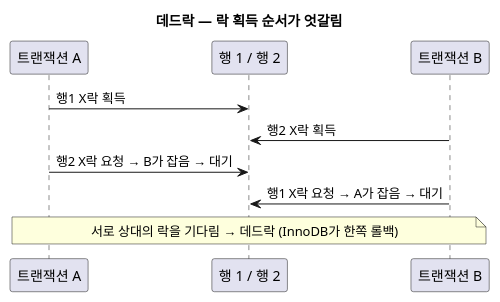
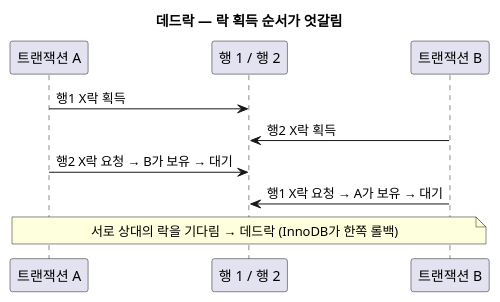
Before and after one commit to johnycho/johny-dev: the second of 4 diagrams in blog/2026-09-23-db-shared-exclusive-locks.mdx, drawn with PlantUML. The commit also changed other lines of this file and 6 other files, not shown here.

````diff
--- a/blog/2026-09-23-db-shared-exclusive-locks.mdx
+++ b/blog/2026-09-23-db-shared-exclusive-locks.mdx
@@ -69,13 +69,13 @@
 ```plantuml
 @startuml
 title 데드락 — 락 획득 순서가 엇갈림
 participant "트랜잭션 A" as A
 participant "행 1 / 행 2" as R
 participant "트랜잭션 B" as B
 A -> R : 행1 X락 획득
 B -> R : 행2 X락 획득
-A -> R : 행2 X락 요청 → B가 잡음 → 대기
-B -> R : 행1 X락 요청 → A가 잡음 → 대기
+A -> R : 행2 X락 요청 → B가 보유 → 대기
+B -> R : 행1 X락 요청 → A가 보유 → 대기
 note over A, B : 서로 상대의 락을 기다림 → 데드락 (InnoDB가 한쪽 롤백)
 @enduml
 ```
````
